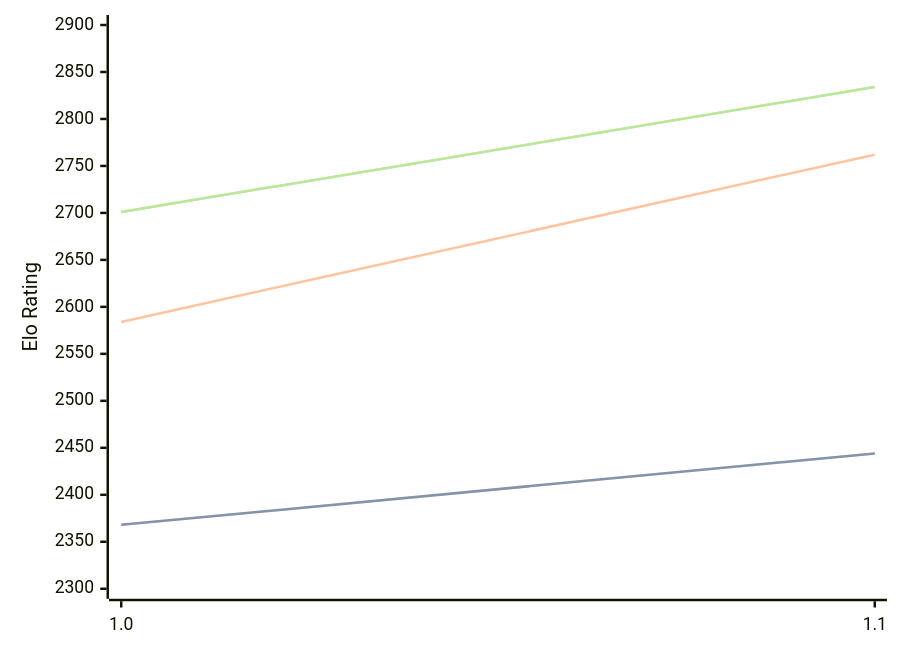
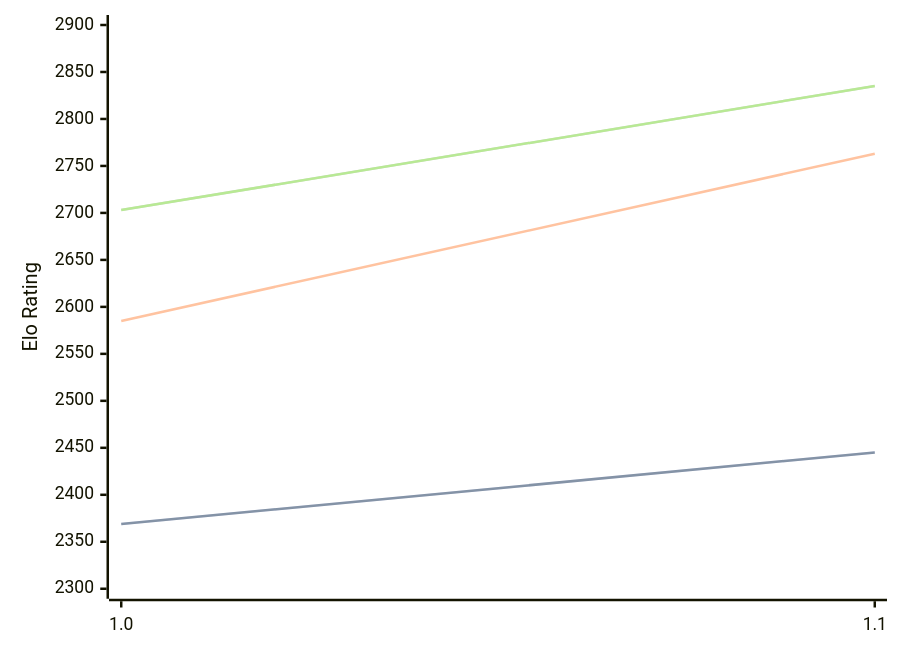
One commit to computer-chess-index/cci changed the diagram in engines/FoxChess.md. Above: the diagram before and after it, drawn with Mermaid. The commit also changed other lines of this file, not shown here.

Commit message:
Update CCI Ratings (ELO VLTC) - 2026-05-16

````diff
--- a/engines/FoxChess.md
+++ b/engines/FoxChess.md
@@ -32,11 +32,11 @@
 ```mermaid
 %%{init: {"theme":"base","themeVariables":{"seriesColors:['#a3a3a3','#222221','#faa371']}}}%%
 xychart-beta
   x-axis ["1.0", "1.1"]
   y-axis "Elo Rating" 2300 --> 2900
-  line "STC (8.0+0.08s)" [2368, 2444]
-  line "STC (8.0+0.08s)" [2368, 2444]
-  line "LTC (60.0+0.60s)" [2584, 2762]
-  line "VLTC (2m24s+1.12s)" [2701, 2834]
-  line "VLTC (2m24s+1.12s)" [2701, 2834]
+  line "STC (8.0+0.08s)" [2369, 2445]
+  line "STC (8.0+0.08s)" [2369, 2445]
+  line "LTC (60.0+0.60s)" [2585, 2763]
+  line "VLTC (2m24s+1.12s)" [2703, 2835]
+  line "VLTC (2m24s+1.12s)" [2703, 2835]
 ```
````
